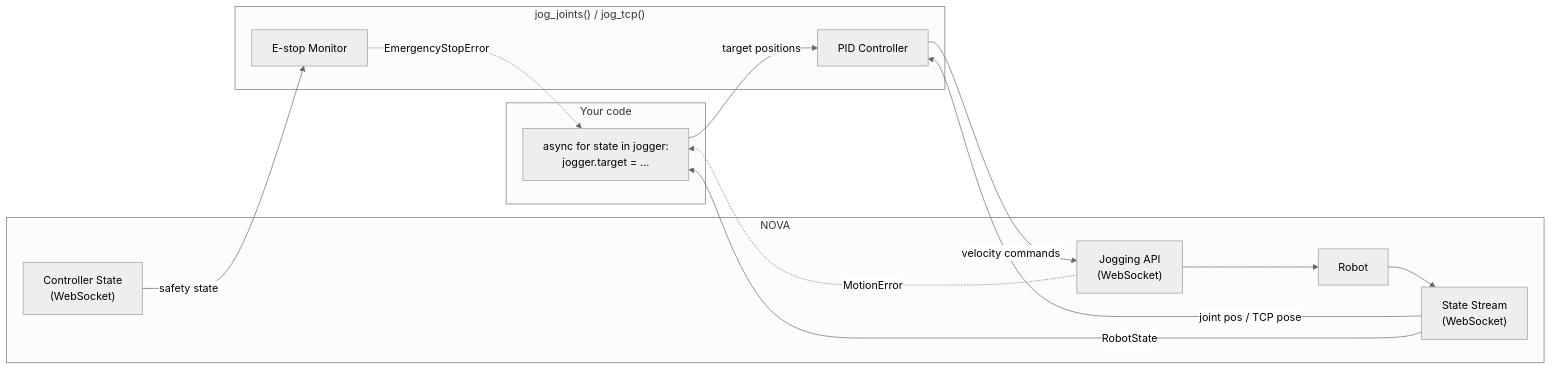
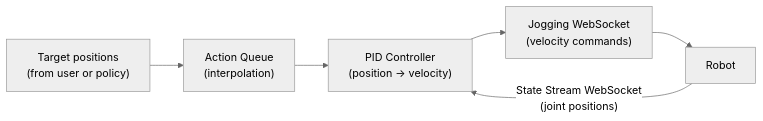
The first of 7 diagrams in policy/JOGGING.md (wandelbotsgmbh/wandelbots-nova), drawn with Mermaid (neutral theme) before and after one commit. The commit also changed other lines of this file and 4 other files, not shown here.

Commit message:
rework api of jogger

````diff
--- a/policy/JOGGING.md
+++ b/policy/JOGGING.md
@@ -5,28 +13,8 @@
 ```mermaid
 flowchart LR
-    subgraph User["Your code"]
-        Loop["async for state in jogger:\n    jogger.target = ..."]
-    end
-
-    subgraph Jogger["jog_joints() / jog_tcp()"]
-        PID["PID Controller"]
-        Estop["E-stop Monitor"]
-    end
-
-    subgraph NOVA["NOVA"]
-        JogAPI["Jogging API\n(WebSocket)"]
-        StateStream["State Stream\n(WebSocket)"]
-        CtrlStream["Controller State\n(WebSocket)"]
-        Robot["Robot"]
-    end
-
-    Loop -- "target positions" --> PID
-    PID -- "velocity commands" --> JogAPI
-    JogAPI --> Robot
-    Robot --> StateStream
-    StateStream -- "joint pos / TCP pose" --> PID
-    StateStream -- "RobotState" --> Loop
-    CtrlStream -- "safety state" --> Estop
-    Estop -. "EmergencyStopError" .-> Loop
-    JogAPI -. "MotionError" .-> Loop
+    Target["Target positions\n(from user or policy)"] --> AQ["Action Queue\n(interpolation)"]
+    AQ --> PID["PID Controller\n(position → velocity)"]
+    PID --> Jog["Jogging WebSocket\n(velocity commands)"]
+    Jog --> Robot["Robot"]
+    Robot -->|"State Stream WebSocket\n(joint positions)"| PID
 ```
````
